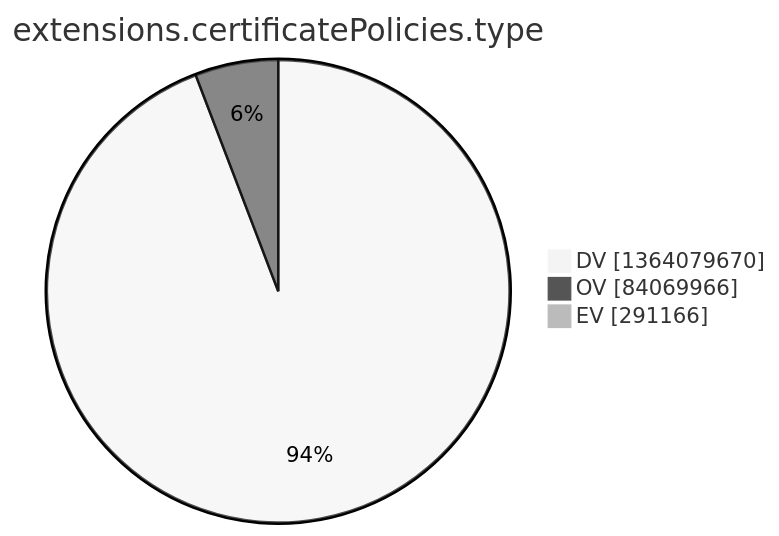
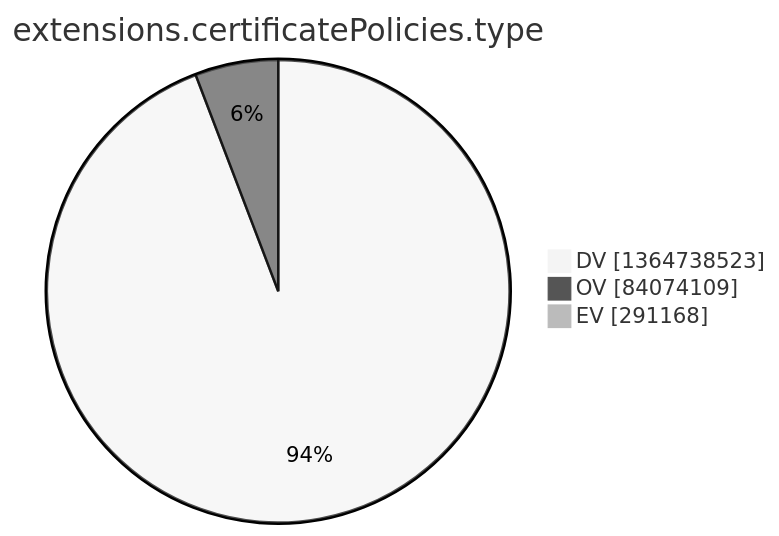
Before and after one commit to christiankrug/ctmonitor_visualization: the tenth of 15 diagrams in argon2022/README.md, drawn with Mermaid (neutral theme). The commit also changed other lines of this file, not shown here.

````diff
--- a/argon2022/README.md
+++ b/argon2022/README.md
@@ -2773,7 +2773,7 @@
 ```mermaid
 pie showData
 title extensions.certificatePolicies.type
-"DV" :1364079670
-"OV" :84069966
-"EV" :291166
+"DV" :1364738523
+"OV" :84074109
+"EV" :291168
 ```
````
